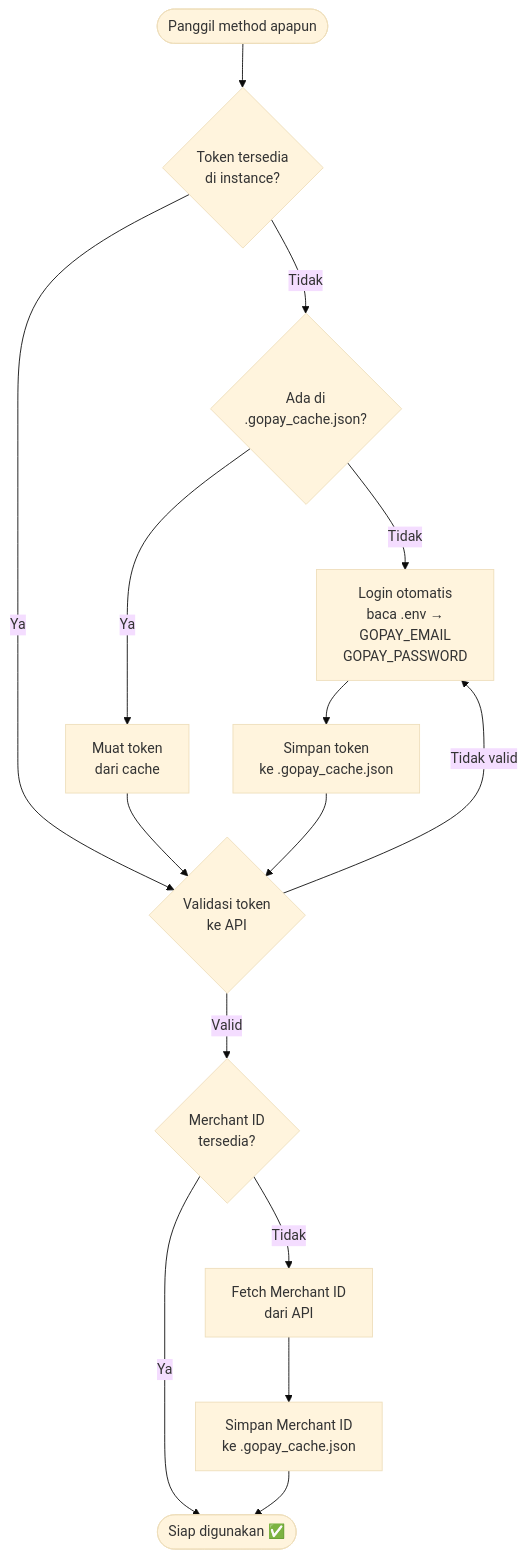
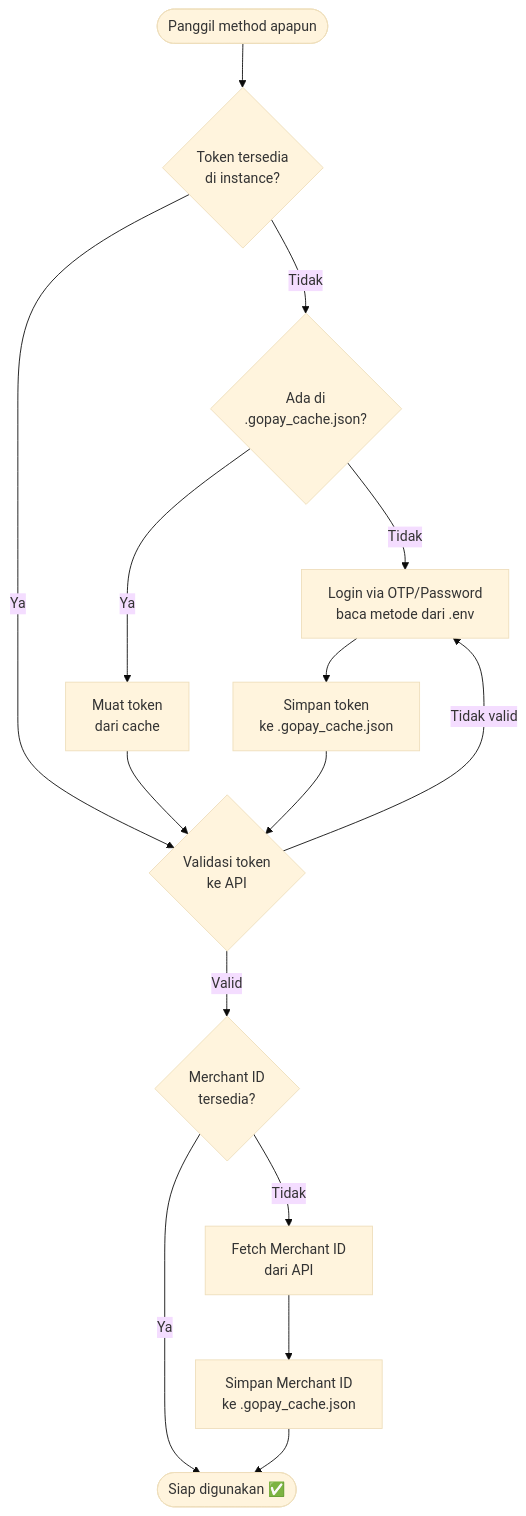
One commit to kavionn/gobiz-payment changed the second of 2 diagrams in README.md. Above: the diagram before and after it, drawn with Mermaid (base theme). The commit also changed other lines of this file and 2 other files, not shown here.

Commit message:
add: Menambahkan Metode Login Dengan Nomor Hp + OTP

````diff
--- a/README.md
+++ b/README.md
@@ -364,23 +375,23 @@
 ```mermaid
 flowchart TD
     A([Panggil method apapun]) --> B{Token tersedia\ndi instance?}
 
     B -- Tidak --> C{Ada di\n.gopay_cache.json?}
     B -- Ya --> F
 
-    C -- Tidak --> E[Login otomatis\nbaca .env →\nGOPAY_EMAIL\nGOPAY_PASSWORD]
+    C -- Tidak --> E[Login via OTP/Password\nbaca metode dari .env]
     C -- Ya --> D[Muat token\ndari cache]
 
     D --> F{Validasi token\nke API}
     E --> G[Simpan token\nke .gopay_cache.json]
     G --> F
 
     F -- Valid --> H{Merchant ID\ntersedia?}
     F -- Tidak valid --> E
 
     H -- Tidak --> I[Fetch Merchant ID\ndari API]
     H -- Ya --> K([Siap digunakan ✅])
 
     I --> J[Simpan Merchant ID\nke .gopay_cache.json]
     J --> K
 ```
````
